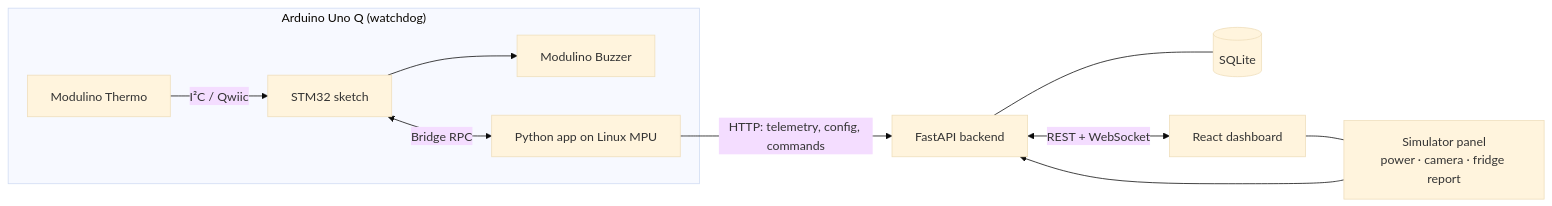
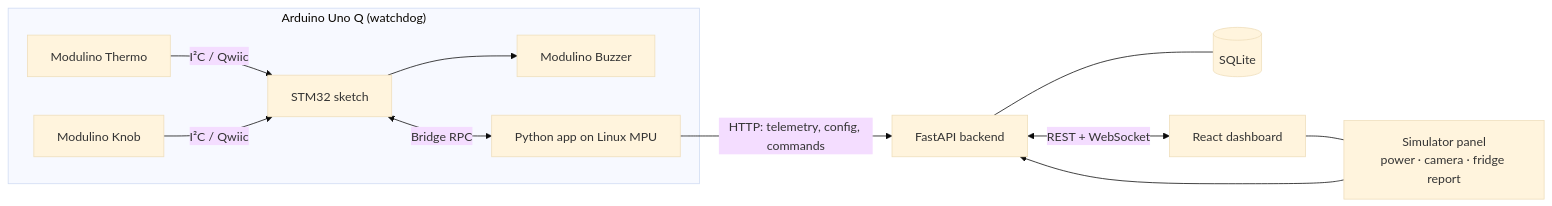
Before and after one commit to antonvidishchev/cold-chain-rescue-junction2026: the diagram in README.md, drawn with Mermaid (base theme). The commit also changed other lines of this file and 9 other files, not shown here.

First line of the commit message:
Acknowledge alarms at the fridge with the Modulino Knob

````diff
--- a/README.md
+++ b/README.md
@@ -78,13 +78,14 @@
 ```mermaid
 flowchart LR
   subgraph UnoQ["Arduino Uno Q (watchdog)"]
     T[Modulino Thermo] -->|I²C / Qwiic| MCU[STM32 sketch]
     MCU --> B[Modulino Buzzer]
+    K[Modulino Knob] -->|I²C / Qwiic| MCU
     MCU <-->|Bridge RPC| PY[Python app on Linux MPU]
   end
   PY -->|HTTP: telemetry, config, commands| API[FastAPI backend]
   API --- DB[(SQLite)]
   API <-->|REST + WebSocket| UI[React dashboard]
   SIM[Simulator panel<br/>power · camera · fridge report] --> API
   UI --- SIM
 ```
````
